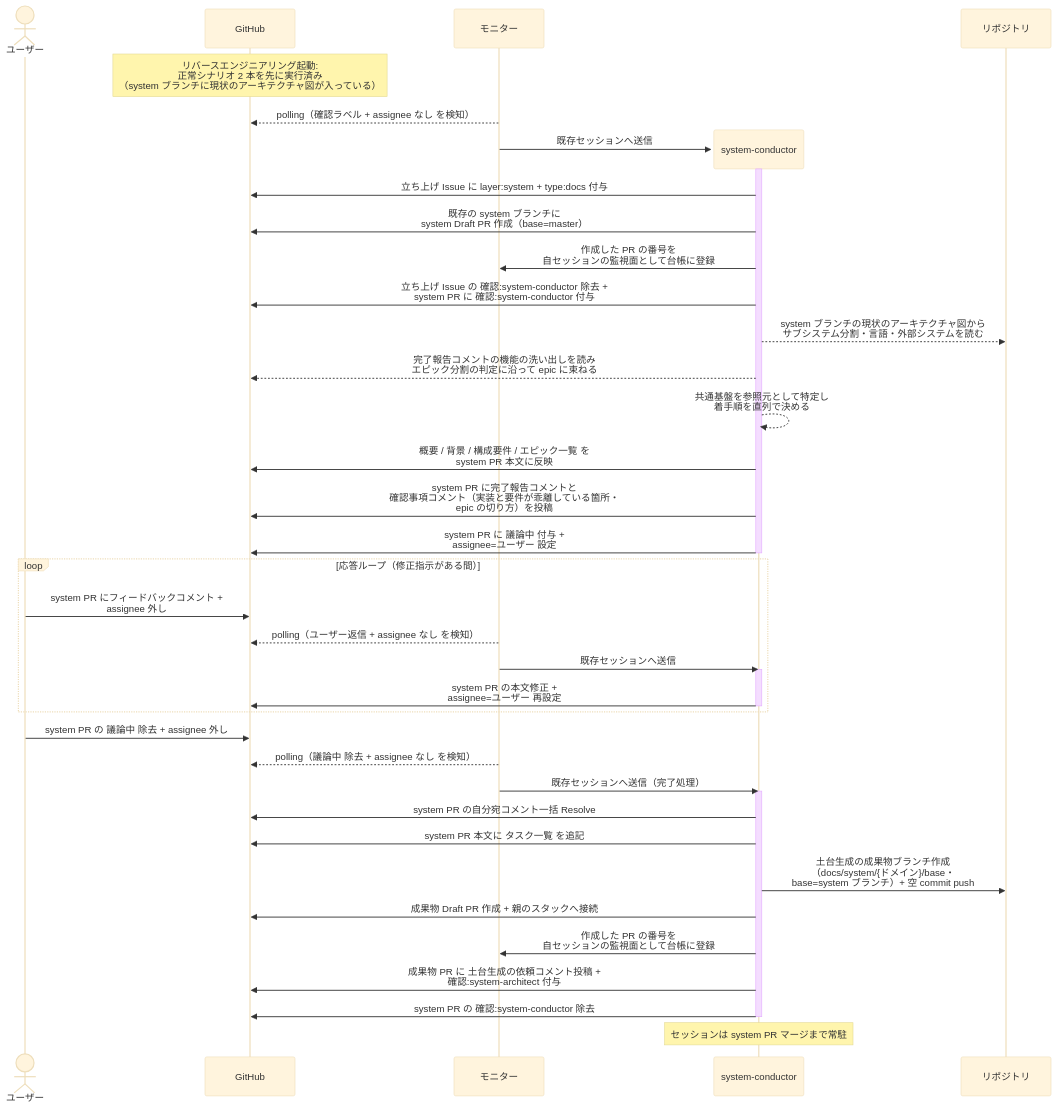
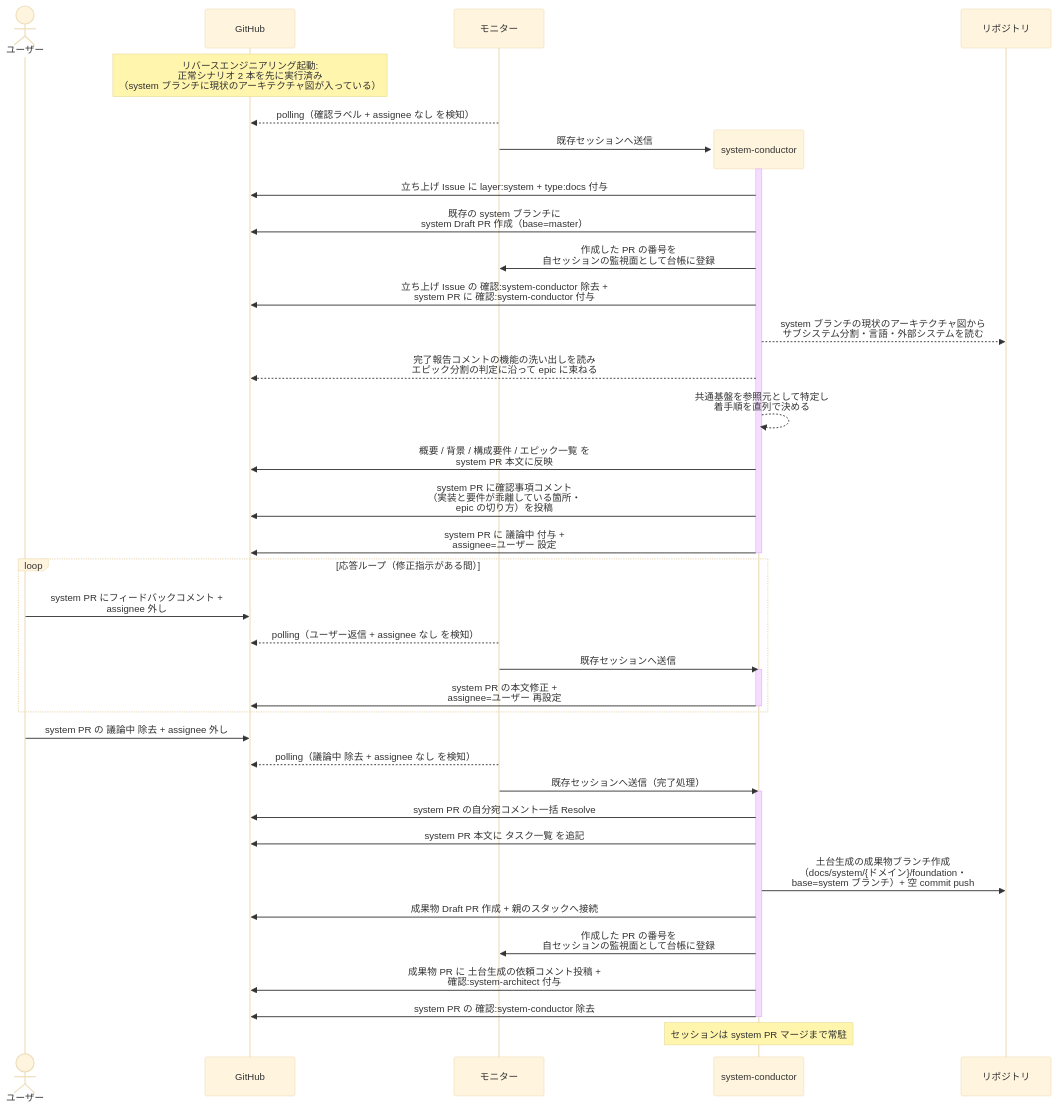
Before and after one commit to shuhei1101/ai-monitor: the third of 3 diagrams in docs/wiki/設計図/シナリオ/単一ユースケース/システム構成確定.md, drawn with Mermaid (base theme). The commit also changed other lines of this file and 174 other files, not shown here.

````diff
--- a/docs/wiki/設計図/シナリオ/単一ユースケース/システム構成確定.md
+++ b/docs/wiki/設計図/シナリオ/単一ユースケース/システム構成確定.md
@@ -153,47 +153,47 @@
 ```mermaid
 sequenceDiagram
   actor U as ユーザー
   participant GH as GitHub
   participant ORC as モニター
 
   Note over GH: リバースエンジニアリング起動:<br>正常シナリオ 2 本を先に実行済み<br>（system ブランチに現状のアーキテクチャ図が入っている）
   ORC-->>GH: polling（確認ラベル + assignee なし を検知）
   create participant MON as system-conductor
   ORC->>MON: 既存セッションへ送信
   participant REPO as リポジトリ
   activate MON
   MON->>GH: 立ち上げ Issue に layer:system + type:docs 付与
   MON->>GH: 既存の system ブランチに<br>system Draft PR 作成（base=master）
   MON->>ORC: 作成した PR の番号を<br>自セッションの監視面として台帳に登録
   MON->>GH: 立ち上げ Issue の 確認:system-conductor 除去 +<br>system PR に 確認:system-conductor 付与
   MON-->>REPO: system ブランチの現状のアーキテクチャ図から<br>サブシステム分割・言語・外部システムを読む
   MON-->>GH: 完了報告コメントの機能の洗い出しを読み<br>エピック分割の判定に沿って epic に束ねる
   MON-->>MON: 共通基盤を参照元として特定し<br>着手順を直列で決める
   MON->>GH: 概要 / 背景 / 構成要件 / エピック一覧 を<br>system PR 本文に反映
-  MON->>GH: system PR に完了報告コメントと<br>確認事項コメント（実装と要件が乖離している箇所・<br>epic の切り方）を投稿
+  MON->>GH: system PR に確認事項コメント<br>（実装と要件が乖離している箇所・<br>epic の切り方）を投稿
   MON->>GH: system PR に 議論中 付与 +<br>assignee=ユーザー 設定
   deactivate MON
 
   loop 応答ループ（修正指示がある間）
     U->>GH: system PR にフィードバックコメント +<br>assignee 外し
     ORC-->>GH: polling（ユーザー返信 + assignee なし を検知）
     ORC->>MON: 既存セッションへ送信
     activate MON
     MON->>GH: system PR の本文修正 +<br>assignee=ユーザー 再設定
     deactivate MON
   end
 
   U->>GH: system PR の 議論中 除去 + assignee 外し
   ORC-->>GH: polling（議論中 除去 + assignee なし を検知）
   ORC->>MON: 既存セッションへ送信（完了処理）
   activate MON
   MON->>GH: system PR の自分宛コメント一括 Resolve
   MON->>GH: system PR 本文に タスク一覧 を追記
-  MON->>REPO: 土台生成の成果物ブランチ作成<br>（docs/system/{ドメイン}/base・<br>base=system ブランチ）+ 空 commit push
+  MON->>REPO: 土台生成の成果物ブランチ作成<br>（docs/system/{ドメイン}/foundation・<br>base=system ブランチ）+ 空 commit push
   MON->>GH: 成果物 Draft PR 作成 + 親のスタックへ接続
   MON->>ORC: 作成した PR の番号を<br>自セッションの監視面として台帳に登録
   MON->>GH: 成果物 PR に 土台生成の依頼コメント投稿 +<br>確認:system-architect 付与
   MON->>GH: system PR の 確認:system-conductor 除去
   deactivate MON
   Note over MON: セッションは system PR マージまで常駐
 ```
````
